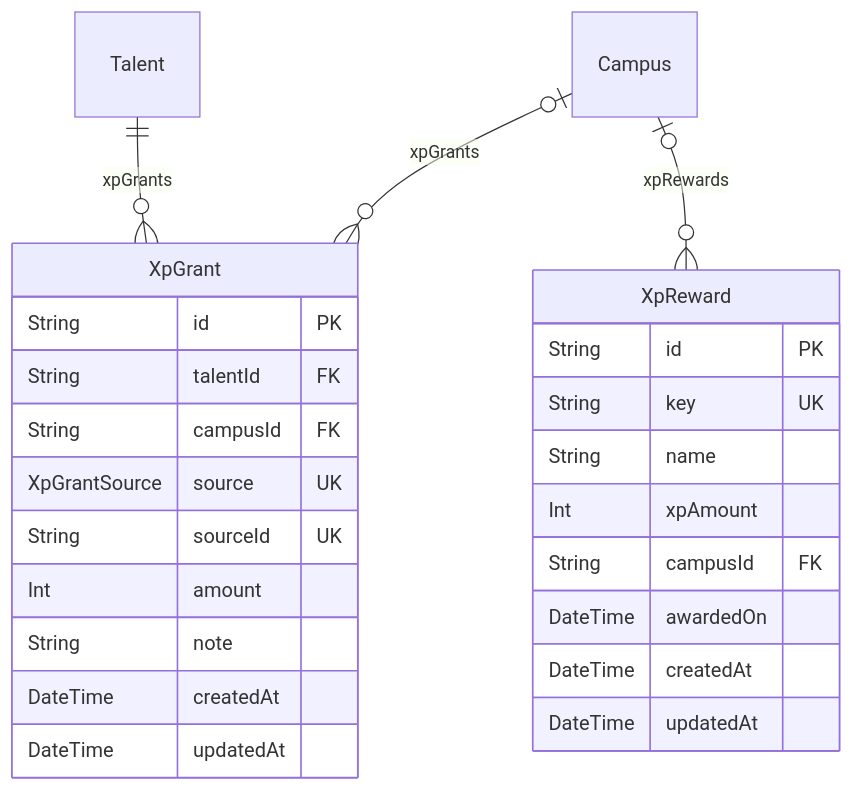
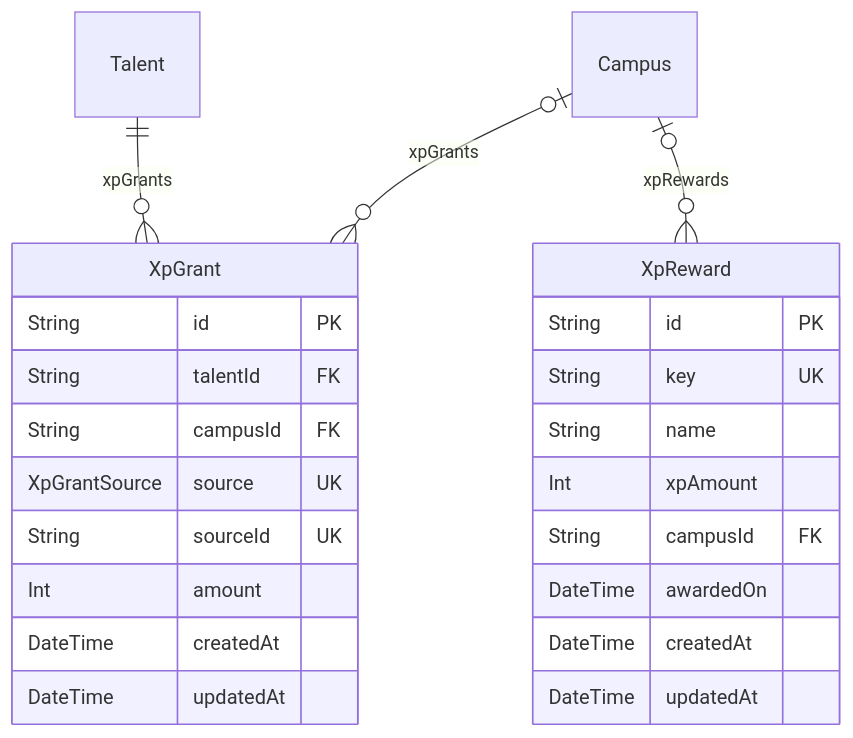
Before and after one commit to Manta-Epitech-Academy/jump: the fifth of 10 diagrams in frontend/docs/database.md, drawn with Mermaid. The commit also changed other lines of this file and 19 other files, not shown here.

````diff
--- a/frontend/docs/database.md
+++ b/frontend/docs/database.md
@@ -468,31 +459,30 @@
 ```mermaid
 erDiagram
   XpGrant {
     String id PK
     String talentId FK
     String campusId FK
     XpGrantSource source UK
     String sourceId UK
     Int amount
-    String note
     DateTime createdAt
     DateTime updatedAt
   }
   XpReward {
     String id PK
     String key UK
     String name
     Int xpAmount
     String campusId FK
     DateTime awardedOn
     DateTime createdAt
     DateTime updatedAt
   }
   Talent {
   }
   Campus {
   }
   Talent ||--o{ XpGrant : "xpGrants"
   Campus |o--o{ XpGrant : "xpGrants"
   Campus |o--o{ XpReward : "xpRewards"
 ```
````
